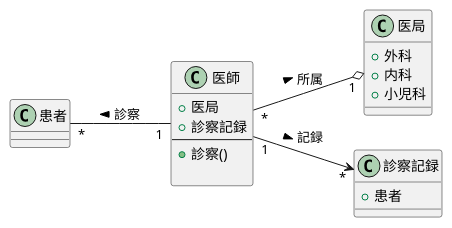
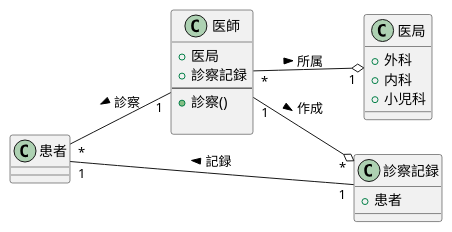
Before and after one commit to orenouserNamehaKawamura1/uml-introduction: the diagram in 演習3-2_CL_医師と患者と医局と診療記録.pu, drawn with PlantUML.

Commit message:
再提出3-2

```diff
--- a/演習3-2_CL_医師と患者と医局と診療記録.pu
+++ b/演習3-2_CL_医師と患者と医局と診療記録.pu
@@ -1,24 +1,24 @@
 @startuml
     left to right direction
     class 患者{
     }
     class 医師{
         + 医局
         + 診察記録
     ---
         + 診察()
 
     }
     class 医局{
         + 外科
         + 内科
         + 小児科
     }
     class 診察記録{
         + 患者
     }
     患者 "*" -- "1" 医師 : 診察 <
     医師 "*" --o "1" 医局 : 所属 >
-    医師 "1" --> "*" 診察記録 :記録 >
-    
+    医師 "1" --o "*" 診察記録 :作成 >
+    患者 "1" --  "1" 診察記録 : 記録 < 
 @enduml
```
